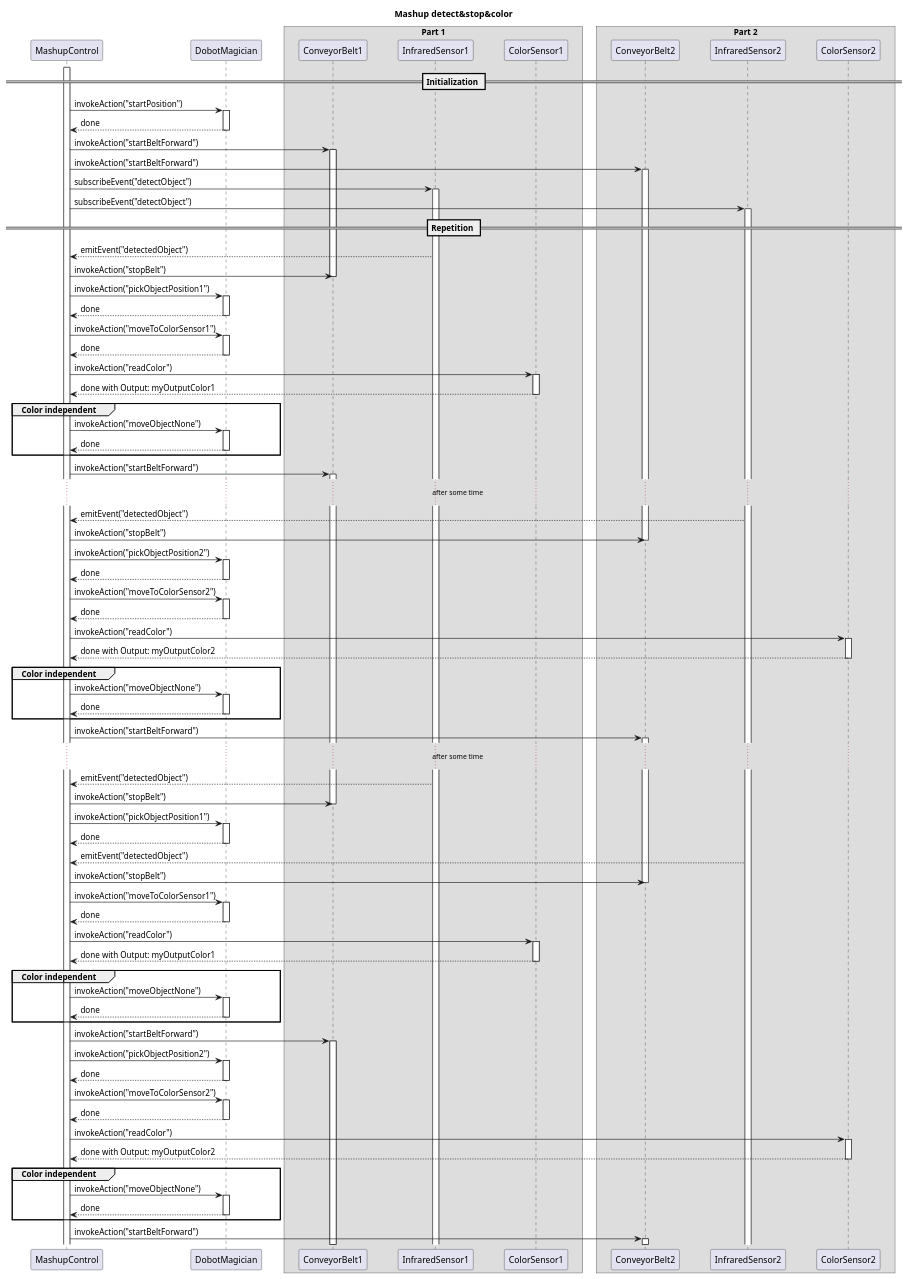
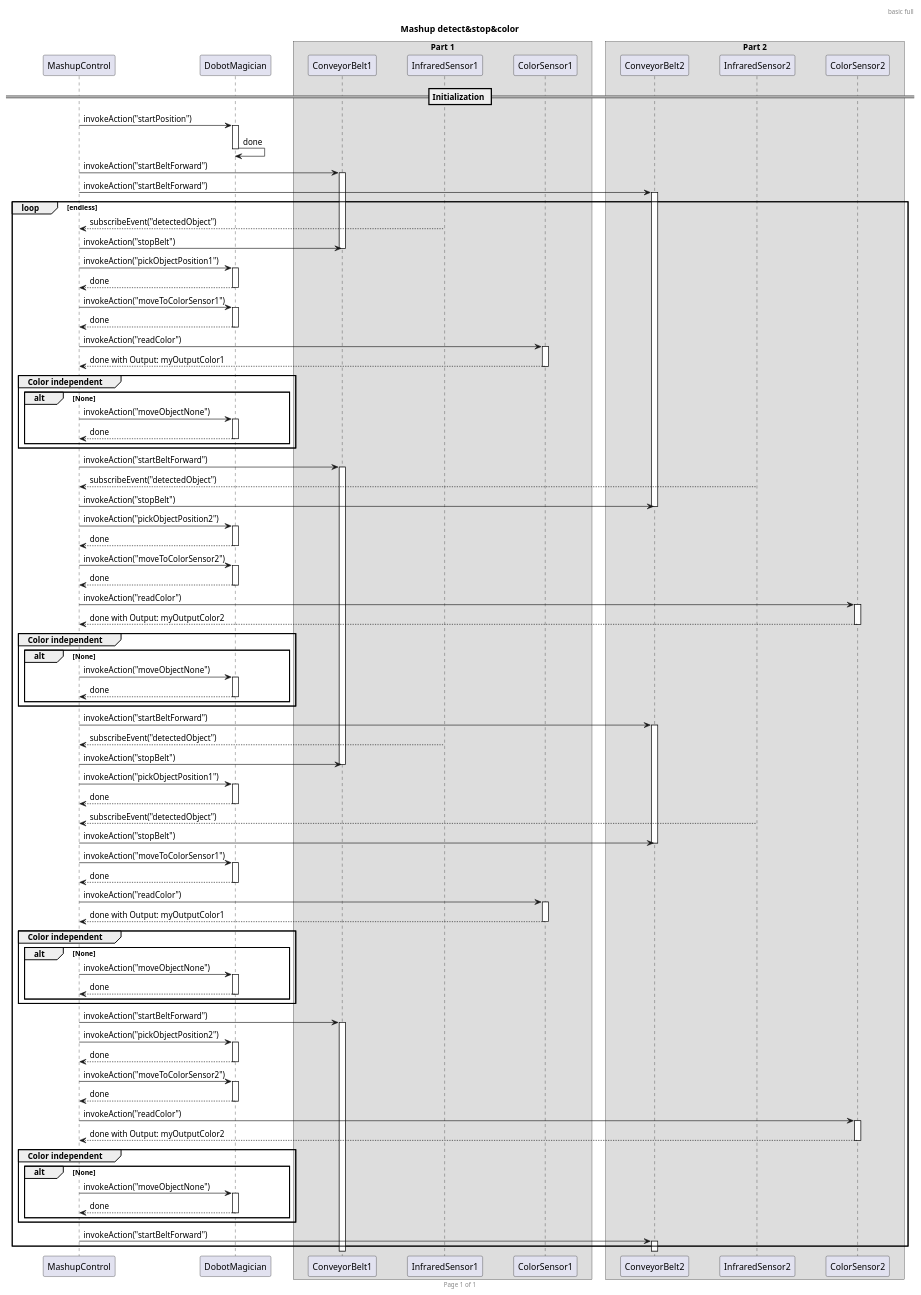
Before and after one commit to tum-esi/wot-sys: the diagram in SequenceDiagrams/SequenceDiagramUML_mashup_detect_stop_color.wsd, drawn with PlantUML.

Commit message:
Replace SequenceDiagramUML_mashup_detect_stop_color.wsd

```diff
--- a/SequenceDiagrams/SequenceDiagramUML_mashup_detect_stop_color.wsd
+++ b/SequenceDiagrams/SequenceDiagramUML_mashup_detect_stop_color.wsd
@@ -1,147 +1,149 @@
 @startuml
+header basic full
+footer Page %page% of %lastpage%
 
 title Mashup detect&stop&color
 
 skinparam ParticipantPadding 20
 skinparam BoxPadding 10
 
 participant MashupControl as MC
 participant DobotMagician as DM
 
 box "Part 1"
 participant ConveyorBelt1 as CB1
 participant InfraredSensor1 as IS1
 participant ColorSensor1 as CS1
 end box
 
 box "Part 2"
 participant ConveyorBelt2 as CB2
 participant InfraredSensor2 as IS2
 participant ColorSensor2 as CS2
 end box
 
 
 == Initialization ==
 
-activate MC
-
 MC -> DM: invokeAction("startPosition")
 activate DM
-MC <-- DM: done
+DM -> DM: done
 deactivate DM
 
 MC -> CB1: invokeAction("startBeltForward")
 activate CB1
 MC -> CB2: invokeAction("startBeltForward")
 activate CB2
 
-MC -> IS1: subscribeEvent("detectObject")
-activate IS1
+loop endless
 
-MC -> IS2: subscribeEvent("detectObject")
-activate IS2
-
-== Repetition ==
-
-MC <-- IS1: emitEvent("detectedObject")
+MC <-- IS1: subscribeEvent("detectedObject")
 MC -> CB1: invokeAction("stopBelt")
 deactivate CB1
 MC -> DM: invokeAction("pickObjectPosition1")
 activate DM
 MC <-- DM: done
 deactivate DM
 MC -> DM: invokeAction("moveToColorSensor1")
 activate DM
 MC <-- DM: done
 deactivate DM
 MC -> CS1: invokeAction("readColor")
 activate CS1
 MC <-- CS1: done with Output: myOutputColor1
 deactivate CS1
 group Color independent
+alt None
 MC -> DM: invokeAction("moveObjectNone")
 activate DM
 MC <-- DM: done
 deactivate DM
 end
+end
 MC -> CB1: invokeAction("startBeltForward")
 activate CB1
 
-... after some time ...
 
-MC <-- IS2: emitEvent("detectedObject")
+MC <-- IS2: subscribeEvent("detectedObject")
 MC -> CB2: invokeAction("stopBelt")
 deactivate CB2
 MC -> DM: invokeAction("pickObjectPosition2")
 activate DM
 MC <-- DM: done
 deactivate DM
 MC -> DM: invokeAction("moveToColorSensor2")
 activate DM
 MC <-- DM: done
 deactivate DM
 MC -> CS2: invokeAction("readColor")
 activate CS2
 MC <-- CS2: done with Output: myOutputColor2
 deactivate CS2
 group Color independent
+alt None
 MC -> DM: invokeAction("moveObjectNone")
 activate DM
 MC <-- DM: done
 deactivate DM
 end
+end
 MC -> CB2: invokeAction("startBeltForward")
 activate CB2
 
-... after some time ...
-
-MC <-- IS1: emitEvent("detectedObject")
+MC <-- IS1: subscribeEvent("detectedObject")
 MC -> CB1: invokeAction("stopBelt")
 deactivate CB1
 MC -> DM: invokeAction("pickObjectPosition1")
 activate DM
 MC <-- DM: done
 deactivate DM
 
-MC <-- IS2: emitEvent("detectedObject")
+MC <-- IS2: subscribeEvent("detectedObject")
 MC -> CB2: invokeAction("stopBelt")
 deactivate CB2
 
 MC -> DM: invokeAction("moveToColorSensor1")
 activate DM
 MC <-- DM: done
 deactivate DM
 MC -> CS1: invokeAction("readColor")
 activate CS1
 MC <-- CS1: done with Output: myOutputColor1
 deactivate CS1
 group Color independent
+alt None
 MC -> DM: invokeAction("moveObjectNone")
 activate DM
 MC <-- DM: done
 deactivate DM
+end
 end
 MC -> CB1: invokeAction("startBeltForward")
 activate CB1
 
 MC -> DM: invokeAction("pickObjectPosition2")
 activate DM
 MC <-- DM: done
 deactivate DM
 MC -> DM: invokeAction("moveToColorSensor2")
 activate DM
 MC <-- DM: done
 deactivate DM
 MC -> CS2: invokeAction("readColor")
 activate CS2
 MC <-- CS2: done with Output: myOutputColor2
 deactivate CS2
 group Color independent
+alt None
 MC -> DM: invokeAction("moveObjectNone")
 activate DM
 MC <-- DM: done
 deactivate DM
 end
+end
 MC -> CB2: invokeAction("startBeltForward")
 activate CB2
+
+end 
+
 @enduml
```
